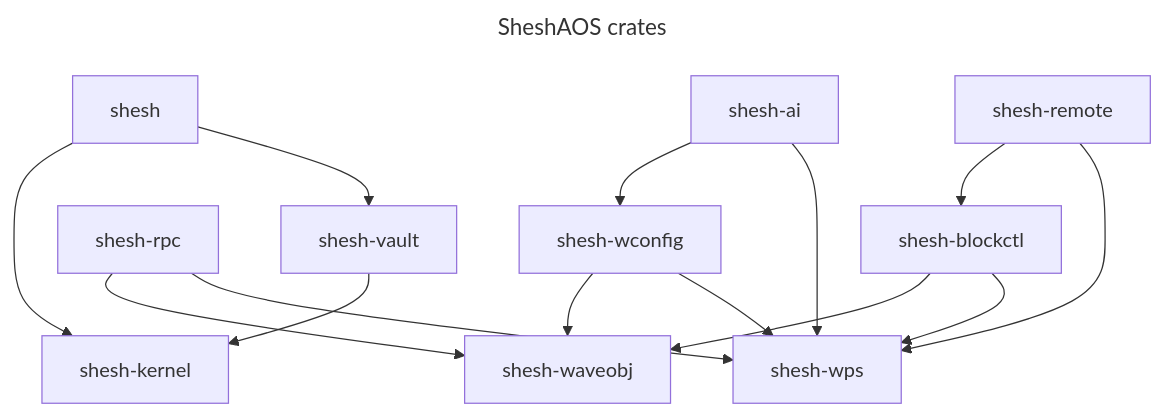
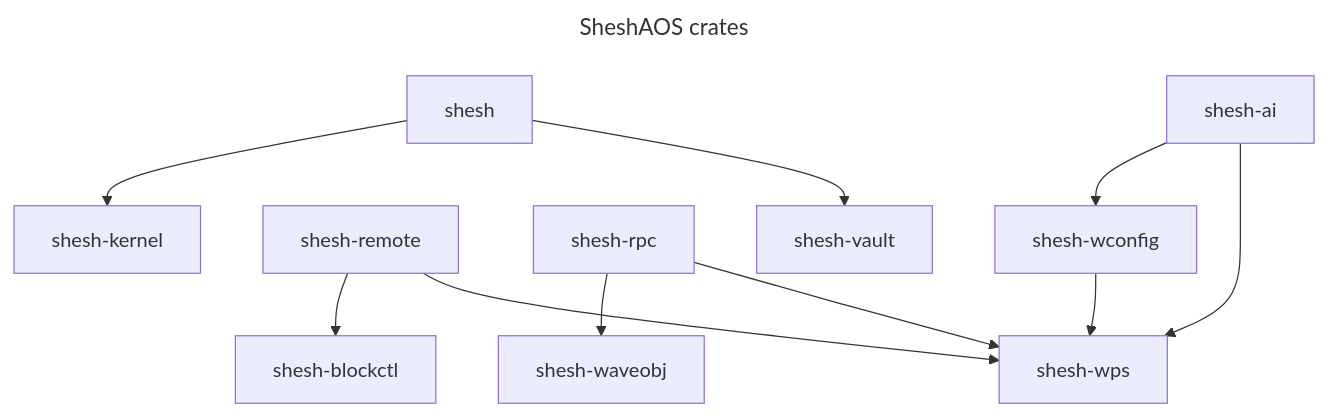
One commit to gaganjainse/sesha-ecosystem changed the first of 2 diagrams in docs/architecture/DEPENDENCY_GRAPH.md. Above: the diagram before and after it, drawn with Mermaid.

Commit message:
docs(depgraph): drop 4 phantom crate edges removed by the machete sweep
blockctl->waveobj, blockctl->wps, vault->kernel, wconfig->waveobj were
declared-but-unused in SheshAOS Cargo manifests (removed in SheshAOS
3f75f03/89702c0). Regenerated via make depgraph; freshness gate green.
This is exactly why the doc is generated, not hand-maintained.

````diff
--- a/docs/architecture/DEPENDENCY_GRAPH.md
+++ b/docs/architecture/DEPENDENCY_GRAPH.md
@@ -10,29 +10,25 @@
 ```mermaid
 ---
 title: SheshAOS crates
 ---
 graph TD
     shesh["shesh"]
     shesh_ai["shesh-ai"]
     shesh_blockctl["shesh-blockctl"]
     shesh_kernel["shesh-kernel"]
     shesh_remote["shesh-remote"]
     shesh_rpc["shesh-rpc"]
     shesh_vault["shesh-vault"]
     shesh_waveobj["shesh-waveobj"]
     shesh_wconfig["shesh-wconfig"]
     shesh_wps["shesh-wps"]
     shesh --> shesh_kernel
     shesh --> shesh_vault
     shesh_ai --> shesh_wconfig
     shesh_ai --> shesh_wps
-    shesh_blockctl --> shesh_waveobj
-    shesh_blockctl --> shesh_wps
     shesh_remote --> shesh_blockctl
     shesh_remote --> shesh_wps
     shesh_rpc --> shesh_waveobj
     shesh_rpc --> shesh_wps
-    shesh_vault --> shesh_kernel
-    shesh_wconfig --> shesh_waveobj
     shesh_wconfig --> shesh_wps
 ```
````
